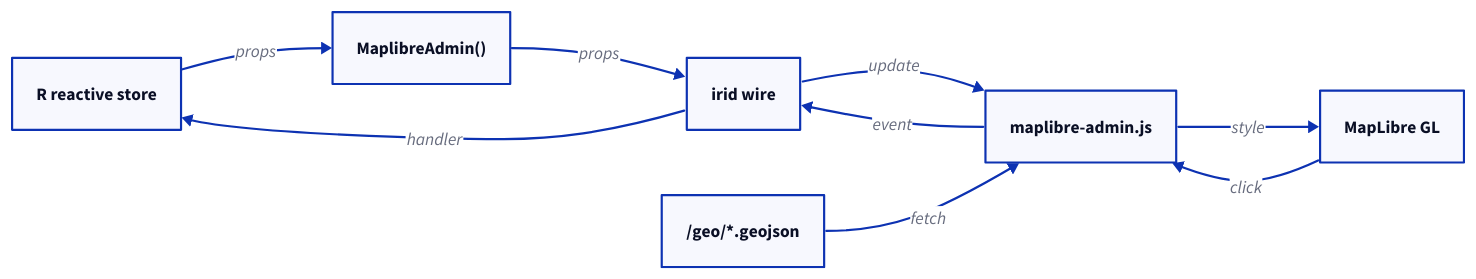
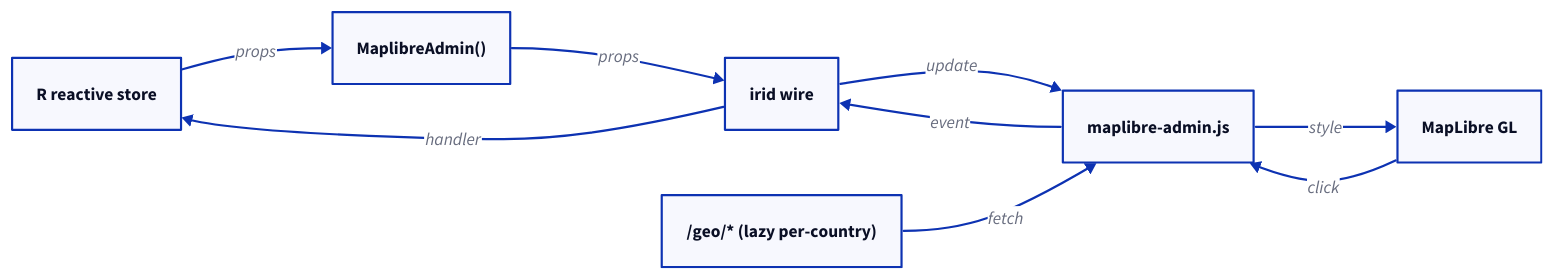
Before and after one commit to rmvegasm/irid_example: the diagram in docs/maplibre-widget.d2, drawn with D2. The commit also changed 7 other files, not shown here.

```diff
--- a/docs/maplibre-widget.d2
+++ b/docs/maplibre-widget.d2
@@ -1,17 +1,17 @@
 direction: right
 
 rstore: R reactive store
 rwrapper: MaplibreAdmin()
 wire: irid wire
 factory: maplibre-admin.js
 map: MapLibre GL
-assets: /geo/*.geojson
+assets: "/geo/* (lazy per-country)"
 
 rstore -> rwrapper: props
 rwrapper -> wire: props
 wire -> factory: update
 factory -> map: style
 map -> factory: click
 factory -> wire: event
 wire -> rstore: handler
 assets -> factory: fetch
```
